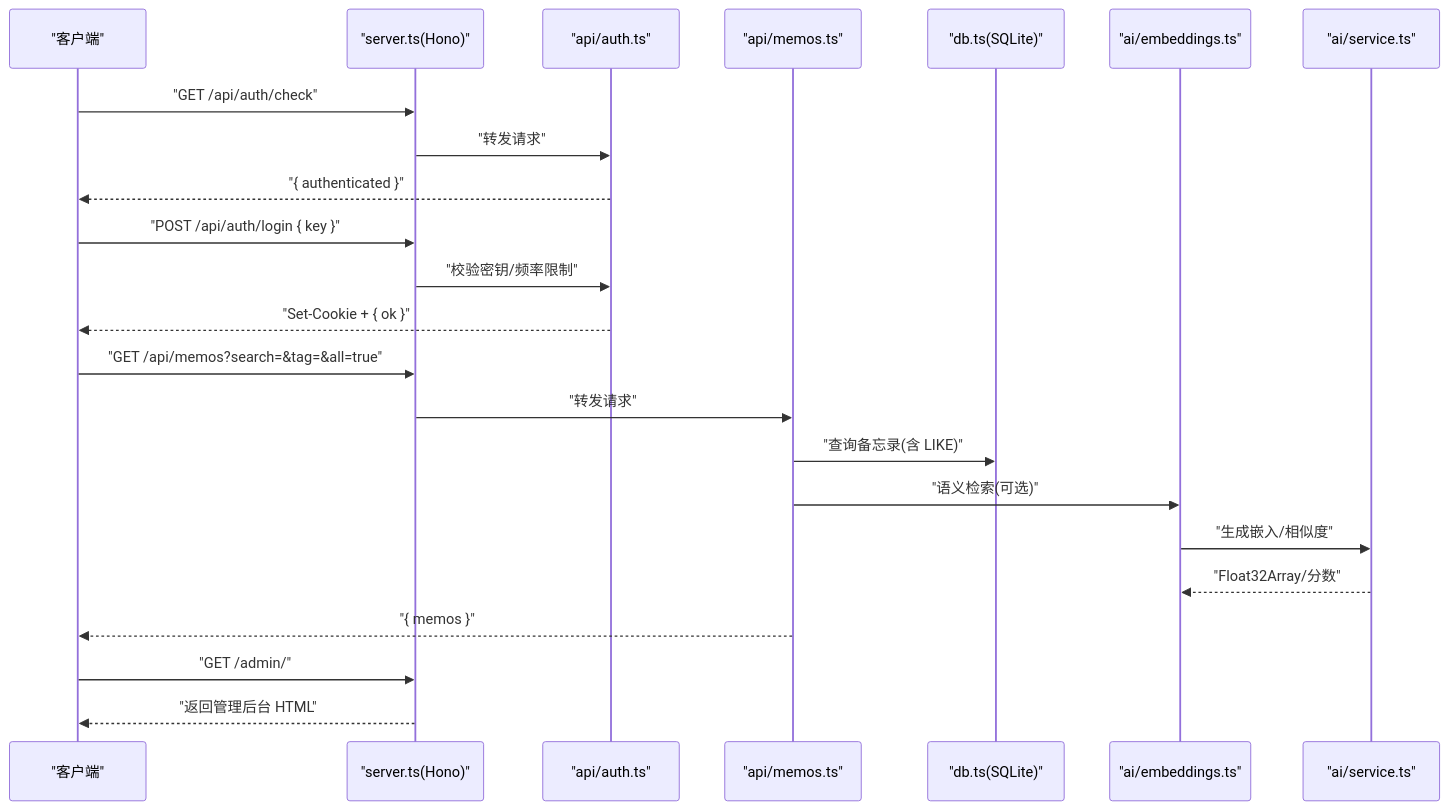
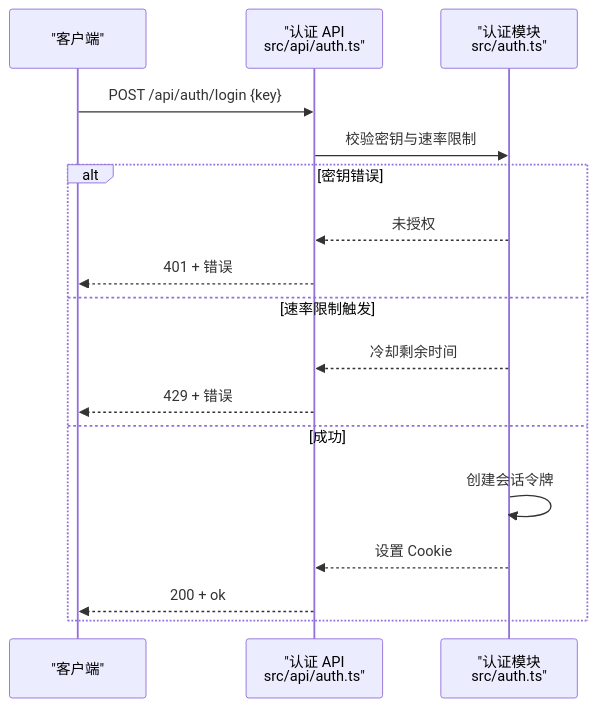
One commit to BlackBoxRecorder/memos changed the third of 7 diagrams in .qoder/repowiki/zh/content/故障排除.md. Above: the diagram before and after it, drawn with Mermaid. The commit also changed other lines of this file and 83 other files, not shown here.

````diff
--- a/.qoder/repowiki/zh/content/故障排除.md
+++ b/.qoder/repowiki/zh/content/故障排除.md
@@ -120,25 +157,19 @@
 ```mermaid
 sequenceDiagram
 participant C as "客户端"
-participant S as "server.ts(Hono)"
-participant AAuth as "api/auth.ts"
-participant AMem as "api/memos.ts"
-participant DB as "db.ts(SQLite)"
-participant EMB as "ai/embeddings.ts"
-participant SVC as "ai/service.ts"
-C->>S : "GET /api/auth/check"
-S->>AAuth : "转发请求"
-AAuth-->>C : "{ authenticated }"
-C->>S : "POST /api/auth/login { key }"
-S->>AAuth : "校验密钥/频率限制"
-AAuth-->>C : "Set-Cookie + { ok }"
-C->>S : "GET /api/memos?search=&tag=&all=true"
-S->>AMem : "转发请求"
-AMem->>DB : "查询备忘录(含 LIKE)"
-AMem->>EMB : "语义检索(可选)"
-EMB->>SVC : "生成嵌入/相似度"
-SVC-->>EMB : "Float32Array/分数"
-AMem-->>C : "{ memos }"
-C->>S : "GET /admin/"
-S-->>C : "返回管理后台 HTML"
+participant A as "认证 API<br/>src/api/auth.ts"
+participant AU as "认证模块<br/>src/auth.ts"
+C->>A : POST /api/auth/login {key}
+A->>AU : 校验密钥与速率限制
+alt 密钥错误
+AU-->>A : 未授权
+A-->>C : 401 + 错误
+else 速率限制触发
+AU-->>A : 冷却剩余时间
+A-->>C : 429 + 错误
+else 成功
+AU->>AU : 创建会话令牌
+AU-->>A : 设置 Cookie
+A-->>C : 200 + ok
+end
 ```
````
